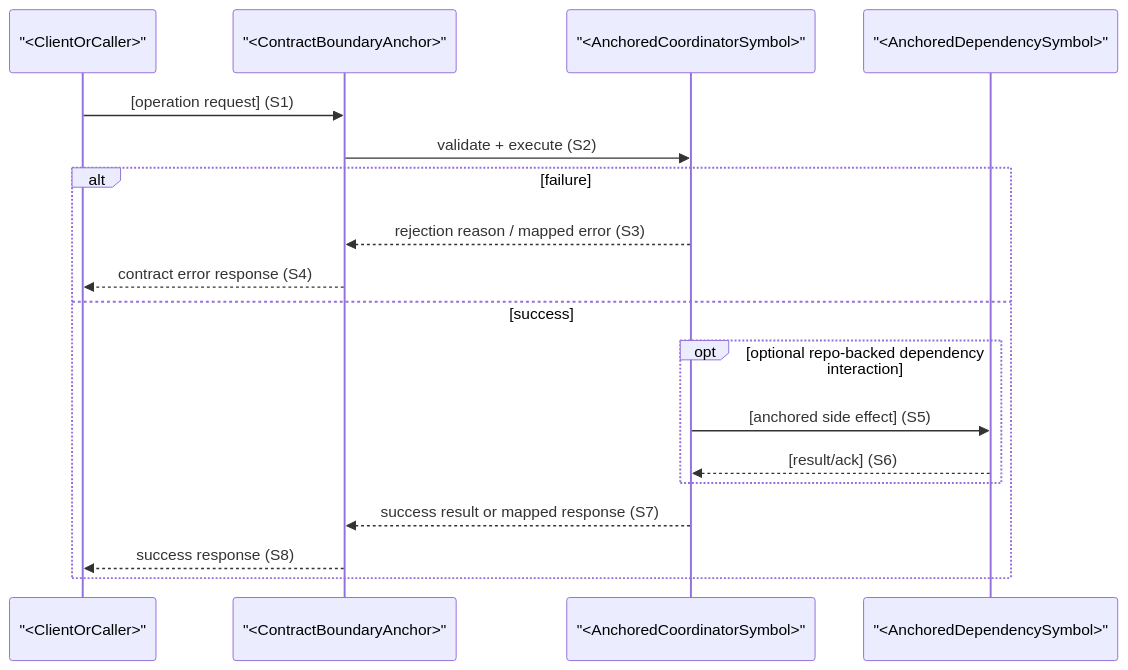
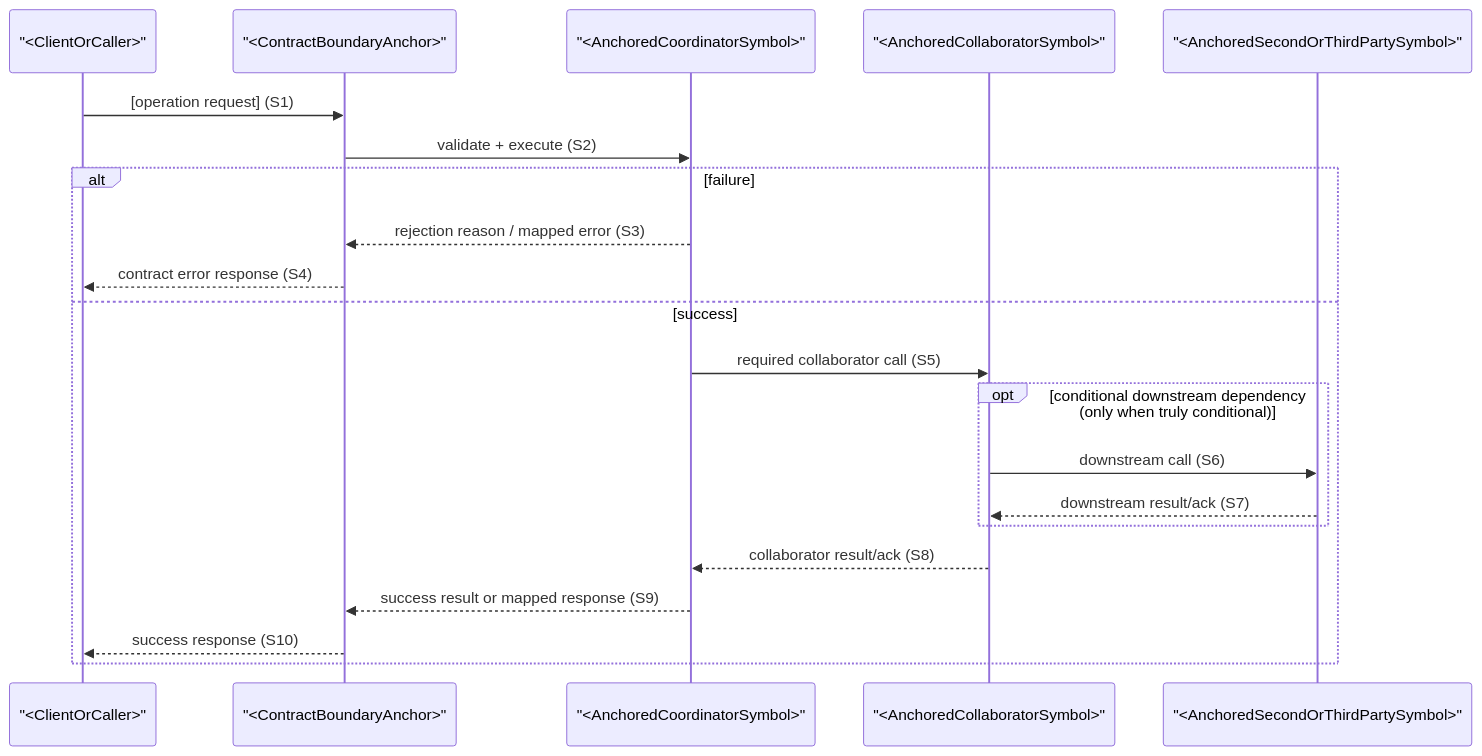
Before and after one commit to bigsmartben/sdd: the second of 4 diagrams in templates/contract-template.md, drawn with Mermaid. The commit also changed other lines of this file and 40 other files, not shown here.

````diff
--- a/templates/contract-template.md
+++ b/templates/contract-template.md
@@ -176,21 +192,24 @@
 ```mermaid
 sequenceDiagram
     participant Initiator as "<ClientOrCaller>"
     participant Boundary as "<ContractBoundaryAnchor>"
     participant Coordinator as "<AnchoredCoordinatorSymbol>"
-    participant Dependency as "<AnchoredDependencySymbol>"
+    participant Collaborator as "<AnchoredCollaboratorSymbol>"
+    participant ExternalDependency as "<AnchoredSecondOrThirdPartySymbol>"
 
     Initiator->>Boundary: [operation request] (S1)
     Boundary->>Coordinator: validate + execute (S2)
     alt failure
         Coordinator-->>Boundary: rejection reason / mapped error (S3)
         Boundary-->>Initiator: contract error response (S4)
     else success
-        opt optional repo-backed dependency interaction
-            Coordinator->>Dependency: [anchored side effect] (S5)
-            Dependency-->>Coordinator: [result/ack] (S6)
+        Coordinator->>Collaborator: required collaborator call (S5)
+        opt conditional downstream dependency (only when truly conditional)
+            Collaborator->>ExternalDependency: downstream call (S6)
+            ExternalDependency-->>Collaborator: downstream result/ack (S7)
         end
-        Coordinator-->>Boundary: success result or mapped response (S7)
-        Boundary-->>Initiator: success response (S8)
+        Collaborator-->>Coordinator: collaborator result/ack (S8)
+        Coordinator-->>Boundary: success result or mapped response (S9)
+        Boundary-->>Initiator: success response (S10)
     end
 ```
````
